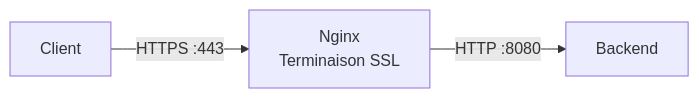
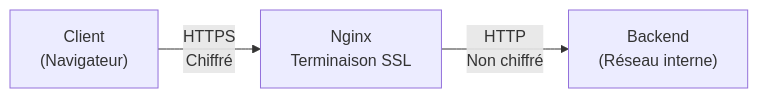
Before and after one commit to haythem-rehouma/deploiement-de-solutions-de-donnees: the sixth of 8 diagrams in 04-docker-swarm-nginx/10-nginx-load-balancer-securite.md, drawn with Mermaid. The commit also changed other lines of this file and 9 other files, not shown here.

````diff
--- a/04-docker-swarm-nginx/10-nginx-load-balancer-securite.md
+++ b/04-docker-swarm-nginx/10-nginx-load-balancer-securite.md
@@ -446,5 +548,5 @@
 ```mermaid
 graph LR
-    CLIENT[Client] -->|HTTPS :443| NGINX[Nginx<br/>Terminaison SSL]
-    NGINX -->|HTTP :8080| BACKEND[Backend]
+    CLIENT["Client<br/>(Navigateur)"] -->|"HTTPS<br/>Chiffré"| NGINX["Nginx<br/>Terminaison SSL"]
+    NGINX -->|"HTTP<br/>Non chiffré"| BACKEND["Backend<br/>(Réseau interne)"]
 ```
````
